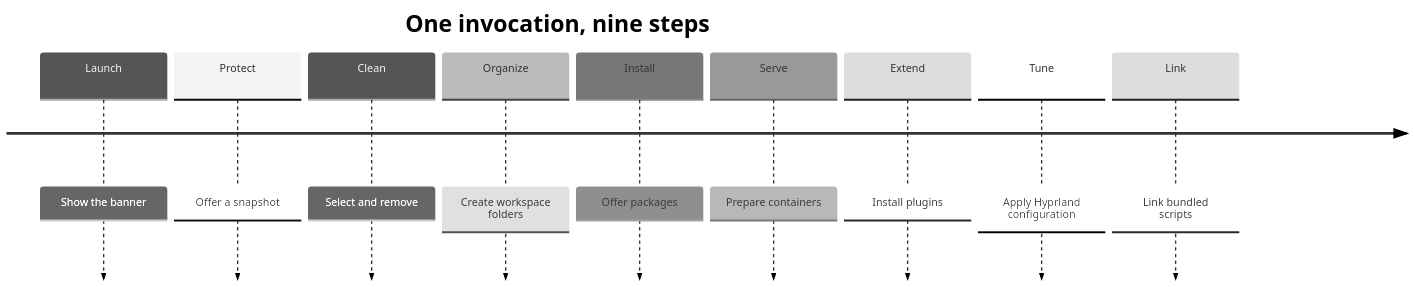
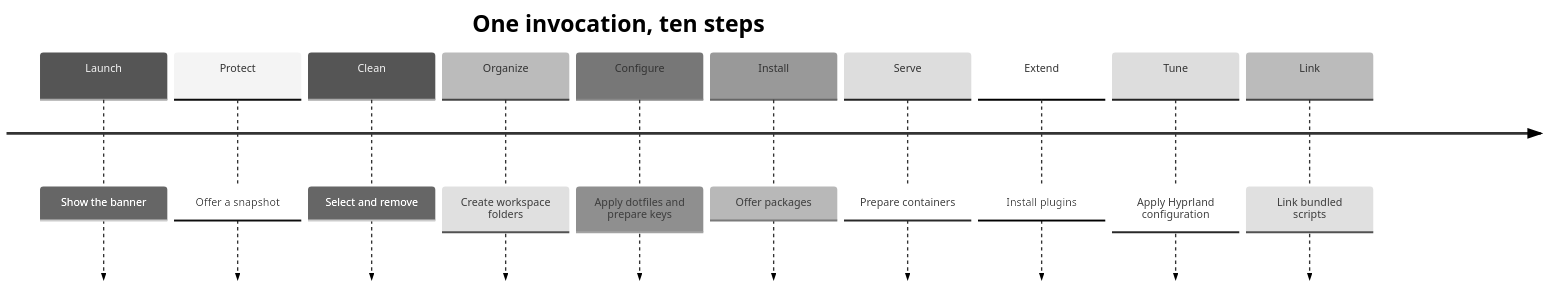
Before and after one commit to Armoghans-Organization/Omarchy-Tweaker: the second of 3 diagrams in docs/index.md, drawn with Mermaid (neutral theme). The commit also changed other lines of this file and 27 other files, not shown here.

````diff
--- a/docs/index.md
+++ b/docs/index.md
@@ -116,13 +116,14 @@
 ```mermaid
 timeline
-    title One invocation, nine steps
+    title One invocation, ten steps
     Launch : Show the banner
     Protect : Offer a snapshot
     Clean : Select and remove
     Organize : Create workspace folders
+    Configure : Apply dotfiles and prepare keys
     Install : Offer packages
     Serve : Prepare containers
     Extend : Install plugins
     Tune : Apply Hyprland configuration
     Link : Link bundled scripts
 ```
````
